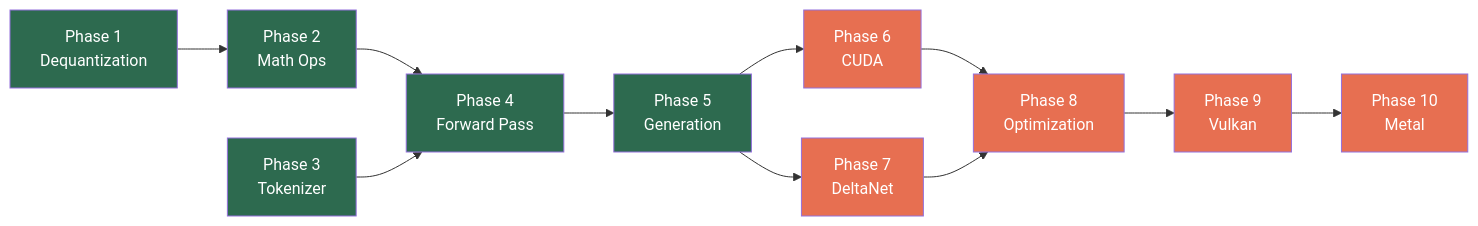
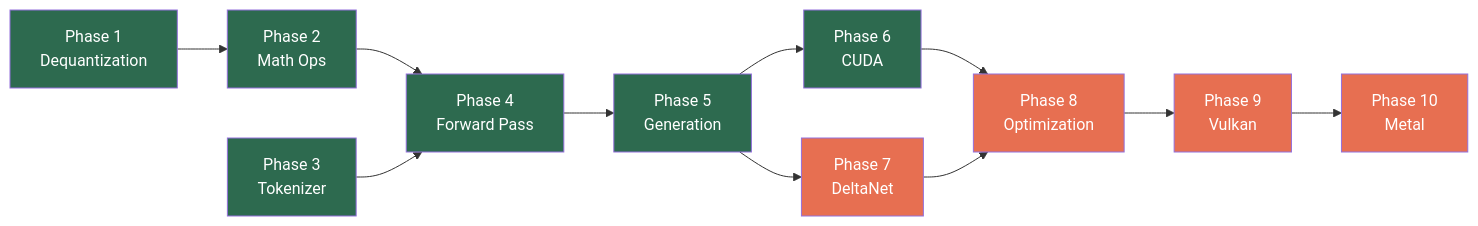
The diagram in README.md (MjrTom/daisi-llogos), drawn with Mermaid before and after one commit. The commit also changed other lines of this file and 17 other files, not shown here.

````diff
--- a/README.md
+++ b/README.md
@@ -59,32 +62,32 @@
 ```mermaid
 flowchart LR
     P1["Phase 1\nDequantization"]
     P2["Phase 2\nMath Ops"]
     P3["Phase 3\nTokenizer"]
     P4["Phase 4\nForward Pass"]
     P5["Phase 5\nGeneration"]
     P6["Phase 6\nCUDA"]
     P7["Phase 7\nDeltaNet"]
     P8["Phase 8\nOptimization"]
     P9["Phase 9\nVulkan"]
     P10["Phase 10\nMetal"]
 
     P1 --> P2 --> P4
     P3 --> P4 --> P5
     P5 --> P6
     P5 --> P7
     P6 --> P8
     P7 --> P8
     P8 --> P9 --> P10
 
     style P1 fill:#2d6a4f,color:#fff
     style P2 fill:#2d6a4f,color:#fff
     style P3 fill:#2d6a4f,color:#fff
     style P4 fill:#2d6a4f,color:#fff
     style P5 fill:#2d6a4f,color:#fff
-    style P6 fill:#e76f51,color:#fff
+    style P6 fill:#2d6a4f,color:#fff
     style P7 fill:#e76f51,color:#fff
     style P8 fill:#e76f51,color:#fff
     style P9 fill:#e76f51,color:#fff
     style P10 fill:#e76f51,color:#fff
 ```
````
